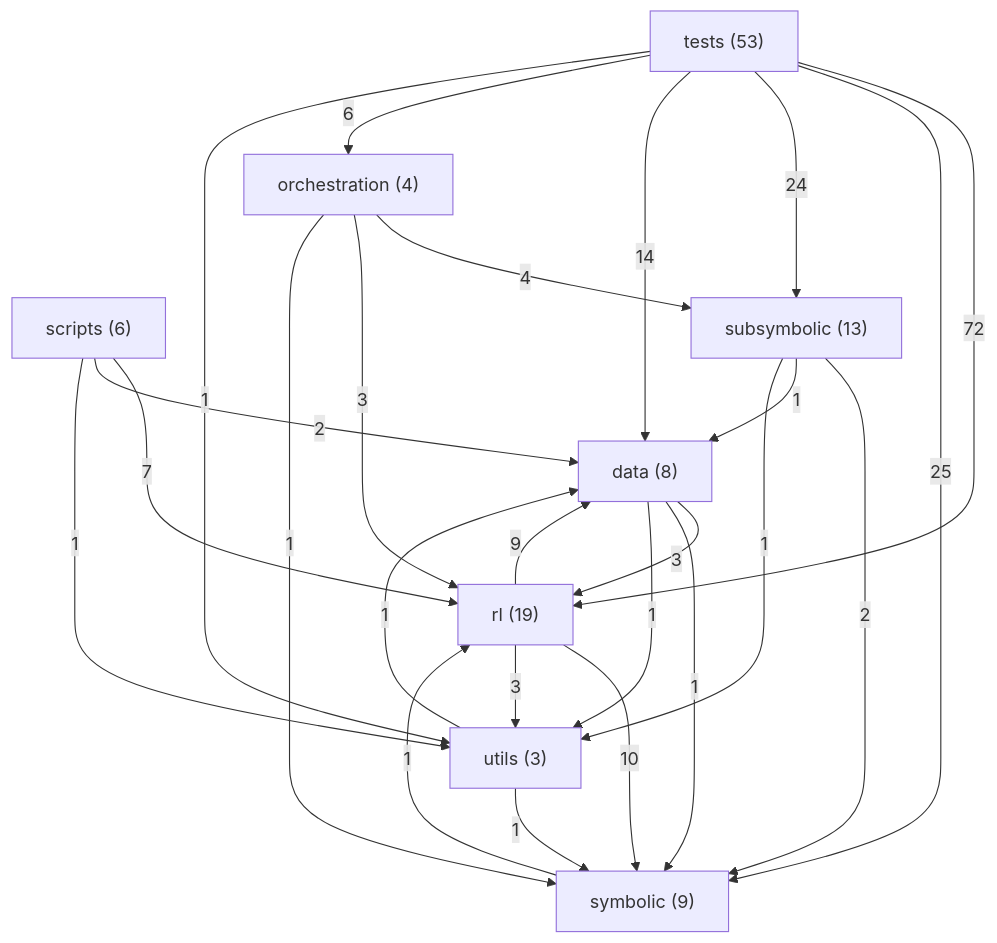
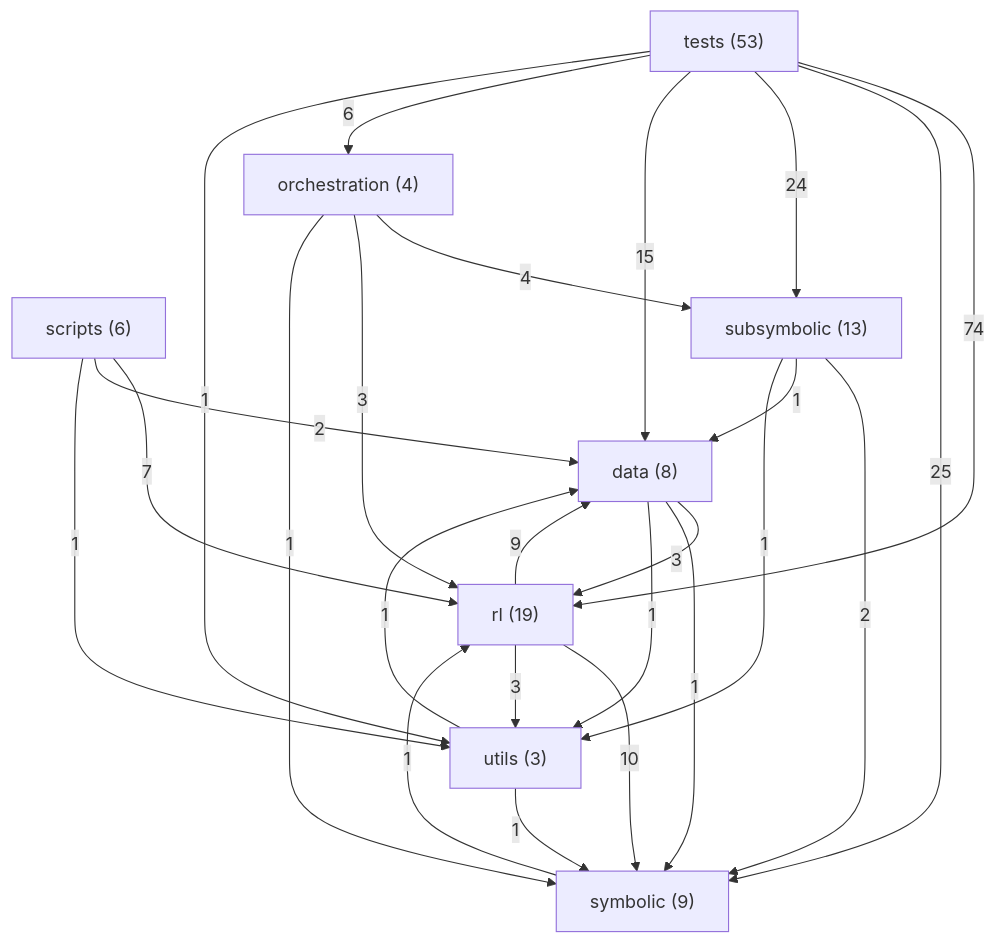
The diagram in ARCHITECTURE.md (danrd/ARC-AGI), drawn with Mermaid before and after one commit. The commit also changed other lines of this file and 7 other files, not shown here.

````diff
--- a/ARCHITECTURE.md
+++ b/ARCHITECTURE.md
@@ -127,35 +127,35 @@
 ```mermaid
 graph TD
   data["data (8)"]
   orchestration["orchestration (4)"]
   rl["rl (19)"]
   scripts["scripts (6)"]
   subsymbolic["subsymbolic (13)"]
   symbolic["symbolic (9)"]
   tests["tests (53)"]
   utils["utils (3)"]
-  tests -->|72| rl
+  tests -->|74| rl
   tests -->|25| symbolic
   tests -->|24| subsymbolic
-  tests -->|14| data
+  tests -->|15| data
   rl -->|10| symbolic
   rl -->|9| data
   scripts -->|7| rl
   tests -->|6| orchestration
   orchestration -->|4| subsymbolic
   data -->|3| rl
   orchestration -->|3| rl
   rl -->|3| utils
   scripts -->|2| data
   subsymbolic -->|2| symbolic
   data -->|1| symbolic
   data -->|1| utils
   orchestration -->|1| symbolic
   scripts -->|1| utils
   subsymbolic -->|1| data
   subsymbolic -->|1| utils
   symbolic -->|1| rl
   tests -->|1| utils
   utils -->|1| data
   utils -->|1| symbolic
 ```
````
